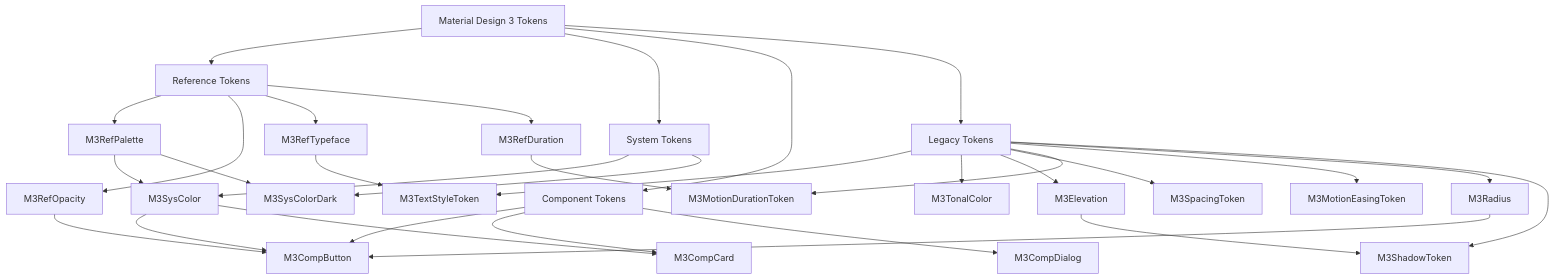
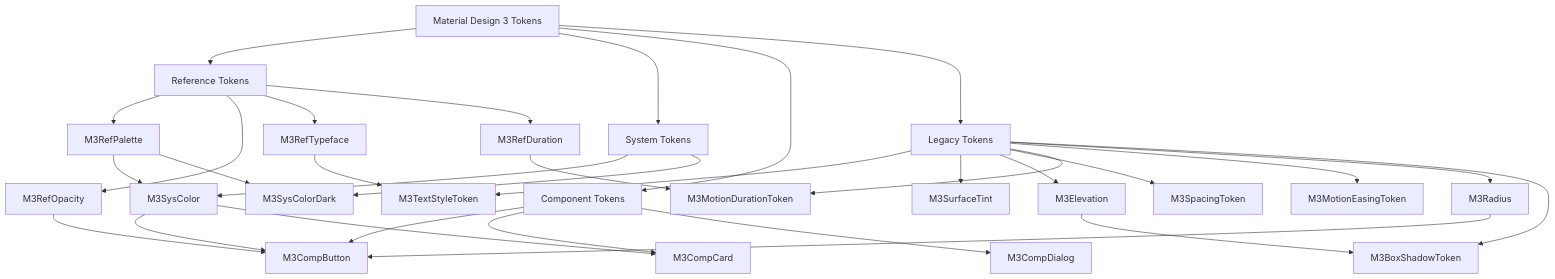
Before and after one commit to fluttely/material_design: the first of 5 diagrams in documentation/material_design/pt_BR/maps/Token Map.md, drawn with Mermaid. The commit also changed 48 other files, not shown here.

````diff
--- a/documentation/material_design/pt_BR/maps/Token Map.md
+++ b/documentation/material_design/pt_BR/maps/Token Map.md
@@ -11,41 +11,41 @@
 ```mermaid
 graph TD
     A[Material Design 3 Tokens] --> B[Reference Tokens]
     A --> C[System Tokens]
     A --> D[Component Tokens]
     A --> E[Legacy Tokens]
 
     B --> B1[M3RefPalette]
     B --> B2[M3RefOpacity]
     B --> B3[M3RefTypeface]
     B --> B4[M3RefDuration]
 
     C --> C1[M3SysColor]
     C --> C2[M3SysColorDark]
 
     D --> D1[M3CompButton]
     D --> D2[M3CompCard]
     D --> D3[M3CompDialog]
 
     E --> E1[M3TextStyleToken]
-    E --> E2[M3TonalColor]
+    E --> E2[M3SurfaceTint]
     E --> E3[M3Elevation]
     E --> E4[M3SpacingToken]
     E --> E5[M3MotionDurationToken]
     E --> E6[M3MotionEasingToken]
     E --> E7[M3Radius]
-    E --> E8[M3ShadowToken]
+    E --> E8[M3BoxShadowToken]
 
     %% Conexões de dependência
     B1 --> C1
     B1 --> C2
     B2 --> D1
     B3 --> E1
     B4 --> E5
 
     C1 --> D1
     C1 --> D2
 
     E3 --> E8
     E7 --> D1
 ```
````
